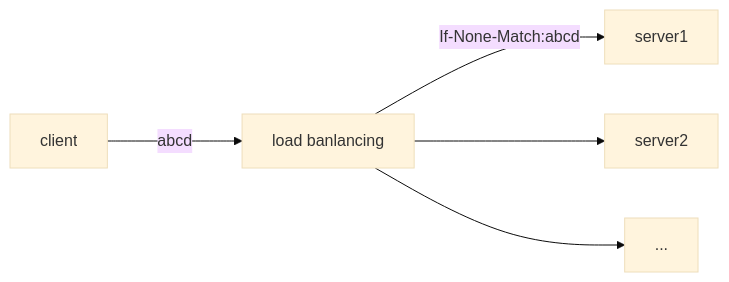
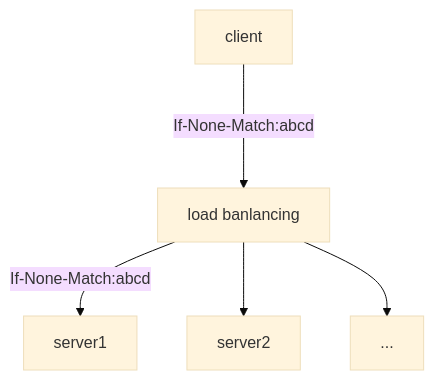
One commit to lxxorz/doc changed the third of 4 diagrams in 前端基础系列/网络/HTTP-Cache.md. Above: the diagram before and after it, drawn with Mermaid (base theme). The commit also changed other lines of this file and 3 other files, not shown here.

````diff
--- a/前端基础系列/网络/HTTP-Cache.md
+++ b/前端基础系列/网络/HTTP-Cache.md
@@ -98,7 +96,7 @@
 ```mermaid
-flowchart LR
-	client --->|abcd| lb[load banlancing]
+flowchart TB
+	client --->|If-None-Match:abcd| lb[load banlancing]
 	lb -->|If-None-Match:abcd| server1 
 	lb --> server2
 	lb --> s3[...]
 ```
````
